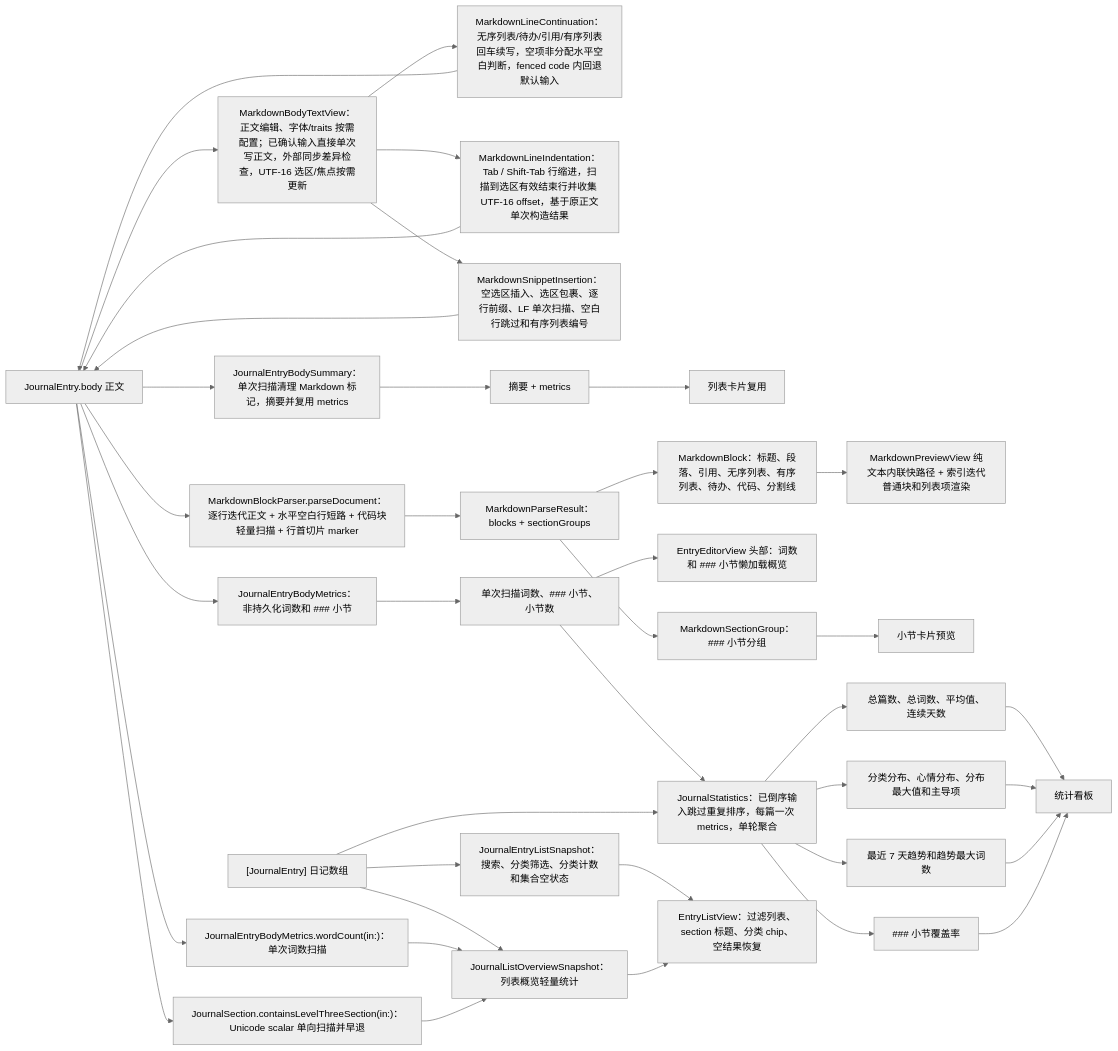
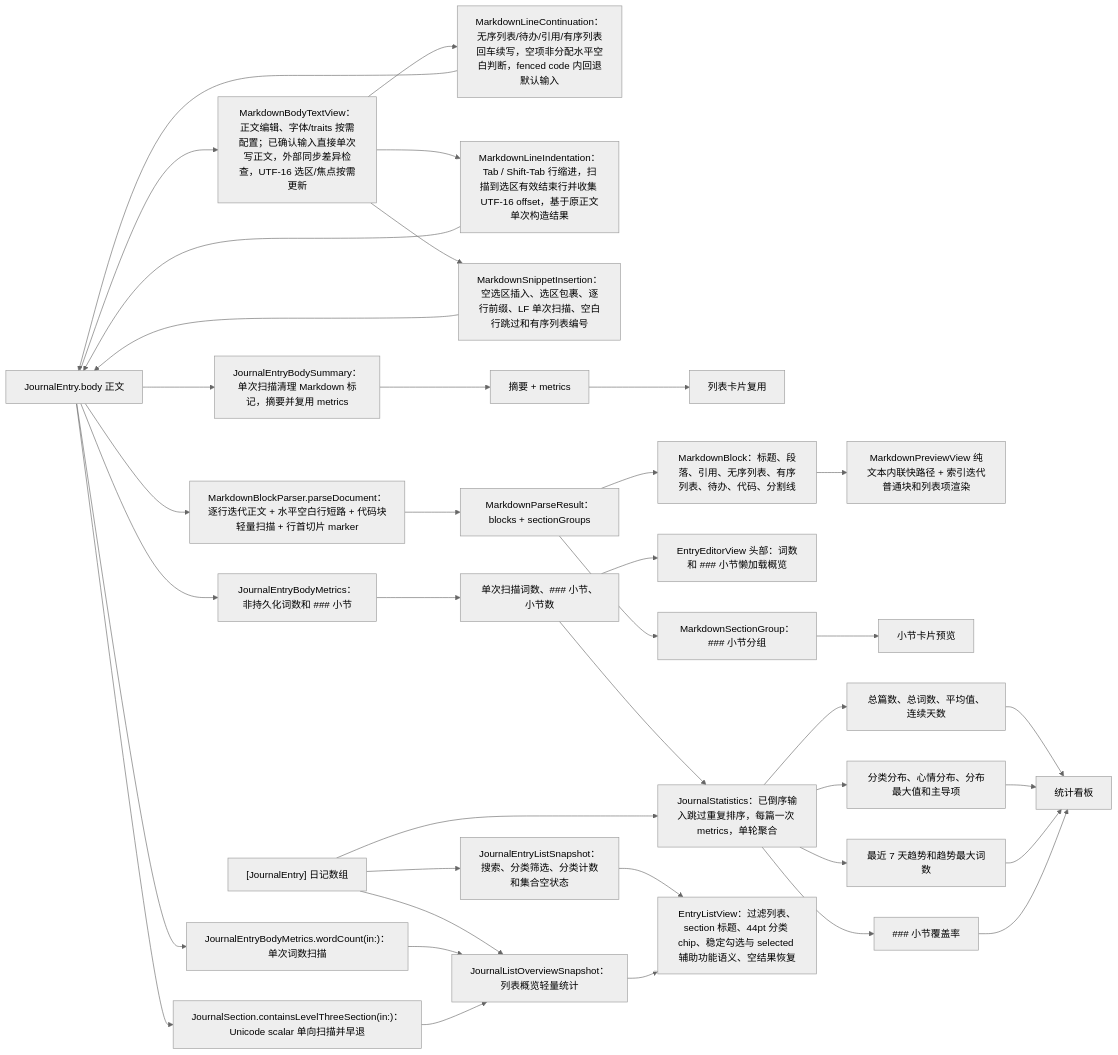
The fourth of 6 diagrams in md/flow/flowchart.md (Altman-sam114/117), drawn with Mermaid (neutral theme) before and after one commit. The commit also changed 8 other files, not shown here.

````diff
--- a/md/flow/flowchart.md
+++ b/md/flow/flowchart.md
@@ -131,40 +131,40 @@
 ```mermaid
 flowchart LR
   Body["JournalEntry.body 正文"] --> MetricsNode2["JournalEntryBodyMetrics：非持久化词数和 ### 小节"]
   Body --> OverviewWordCount["JournalEntryBodyMetrics.wordCount(in:)：单次词数扫描"]
   Body --> SectionPresence2["JournalSection.containsLevelThreeSection(in:)：Unicode scalar 单向扫描并早退"]
   Body --> Summary["JournalEntryBodySummary：单次扫描清理 Markdown 标记，摘要并复用 metrics"]
   Body --> BodyText["MarkdownBodyTextView：正文编辑、字体/traits 按需配置；已确认输入直接单次写正文，外部同步差异检查，UTF-16 选区/焦点按需更新"]
   BodyText --> ContinueRule["MarkdownLineContinuation：无序列表/待办/引用/有序列表回车续写，空项非分配水平空白判断，fenced code 内回退默认输入"]
   ContinueRule --> Body
   BodyText --> IndentRule["MarkdownLineIndentation：Tab / Shift-Tab 行缩进，扫描到选区有效结束行并收集 UTF-16 offset，基于原正文单次构造结果"]
   IndentRule --> Body
   BodyText --> InsertRule["MarkdownSnippetInsertion：空选区插入、选区包裹、逐行前缀、LF 单次扫描、空白行跳过和有序列表编号"]
   InsertRule --> Body
   MetricsNode2 --> MetricsData["单次扫描词数、### 小节、小节数"]
   Summary --> Excerpt["摘要 + metrics"]
   Excerpt --> RowEditor["列表卡片复用"]
   MetricsData --> Statistics["JournalStatistics：已倒序输入跳过重复排序，每篇一次 metrics，单轮聚合"]
   MetricsData --> EditorHeader["EntryEditorView 头部：词数和 ### 小节懒加载概览"]
   Body --> Parse["MarkdownBlockParser.parseDocument：逐行迭代正文 + 水平空白行短路 + 代码块轻量扫描 + 行首切片 marker"]
   Parse --> Result["MarkdownParseResult：blocks + sectionGroups"]
   Result --> Blocks["MarkdownBlock：标题、段落、引用、无序列表、有序列表、待办、代码、分割线"]
   Blocks --> Preview["MarkdownPreviewView 纯文本内联快路径 + 索引迭代普通块和列表项渲染"]
   Result --> Sections["MarkdownSectionGroup：### 小节分组"]
   Sections --> SectionPreview["小节卡片预览"]
   Entries["[JournalEntry] 日记数组"] --> Statistics
   Entries --> ListSnapshot2["JournalEntryListSnapshot：搜索、分类筛选、分类计数和集合空状态"]
-  ListSnapshot2 --> ListView["EntryListView：过滤列表、section 标题、分类 chip、空结果恢复"]
+  ListSnapshot2 --> ListView["EntryListView：过滤列表、section 标题、44pt 分类 chip、稳定勾选与 selected 辅助功能语义、空结果恢复"]
   Entries --> ListOverview2["JournalListOverviewSnapshot：列表概览轻量统计"]
   OverviewWordCount --> ListOverview2
   SectionPresence2 --> ListOverview2
   ListOverview2 --> ListView
   Statistics --> Metrics["总篇数、总词数、平均值、连续天数"]
   Statistics --> Distributions["分类分布、心情分布、分布最大值和主导项"]
   Statistics --> Trend["最近 7 天趋势和趋势最大词数"]
   Statistics --> Coverage["### 小节覆盖率"]
   Metrics --> Dashboard["统计看板"]
   Distributions --> Dashboard
   Trend --> Dashboard
   Coverage --> Dashboard
 ```
````
